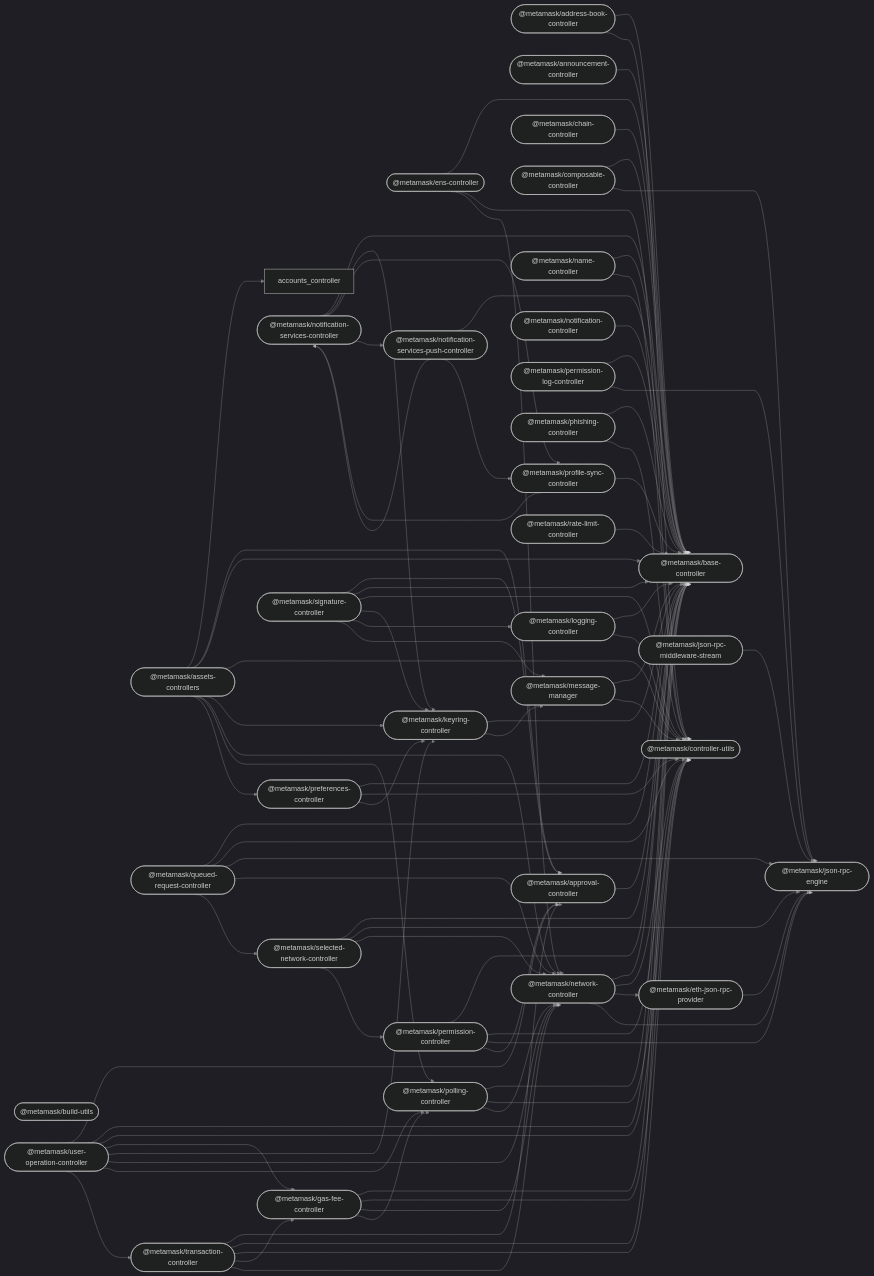
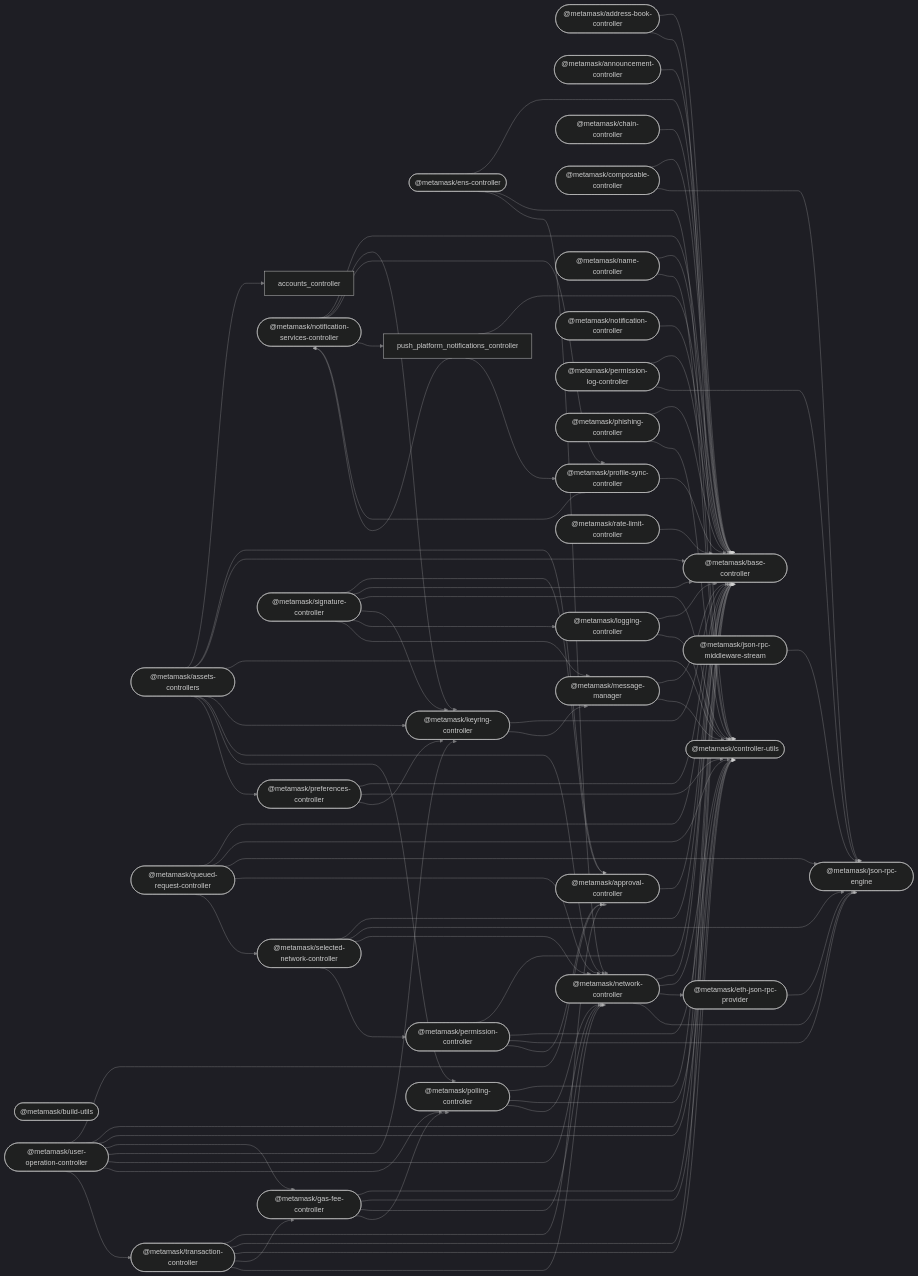
One commit to MetaMask/core changed the diagram in README.md. Above: the diagram before and after it, drawn with Mermaid (dark theme). The commit also changed other lines of this file and 73 other files, not shown here.

```diff
--- a/README.md
+++ b/README.md
@@ -80,7 +79,6 @@
   polling_controller(["@metamask/polling-controller"]);
   preferences_controller(["@metamask/preferences-controller"]);
   profile_sync_controller(["@metamask/profile-sync-controller"]);
-  push_platform_notifications_controller(["@metamask/notification-services-push-controller"]);
   queued_request_controller(["@metamask/queued-request-controller"]);
   rate_limit_controller(["@metamask/rate-limit-controller"]);
   selected_network_controller(["@metamask/selected-network-controller"]);
```
